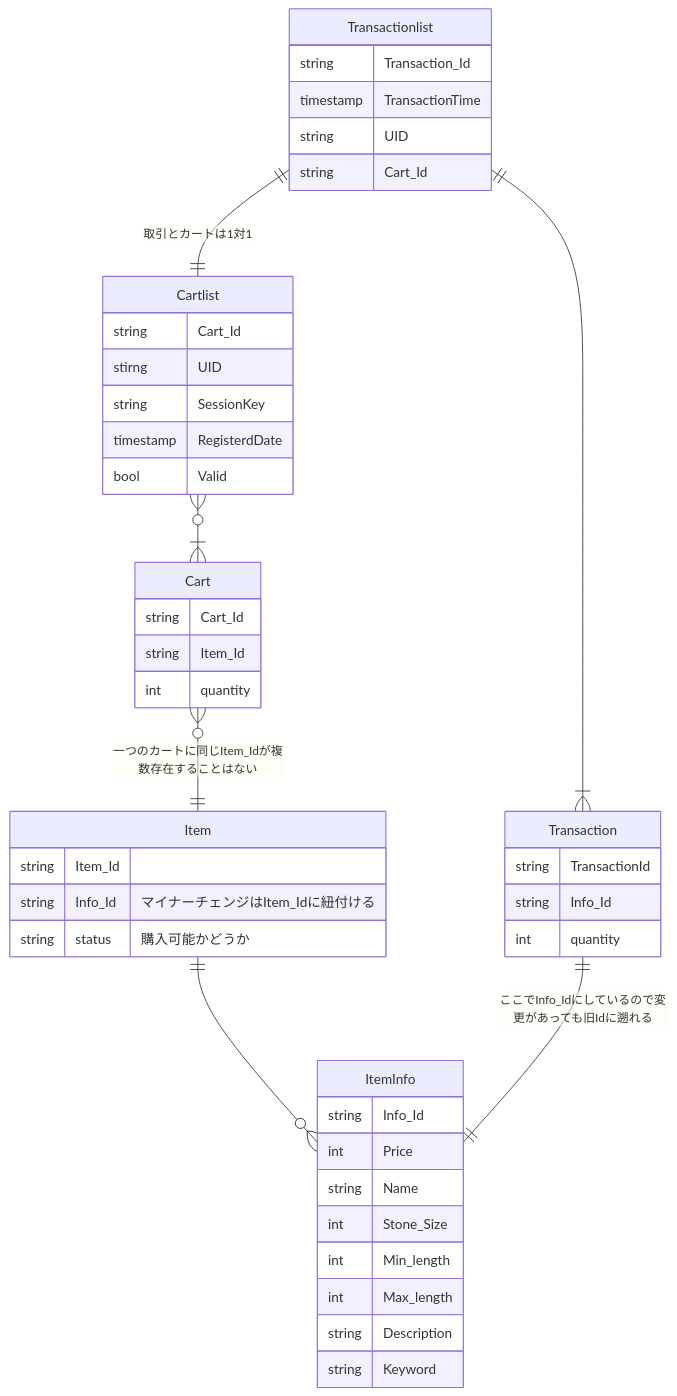
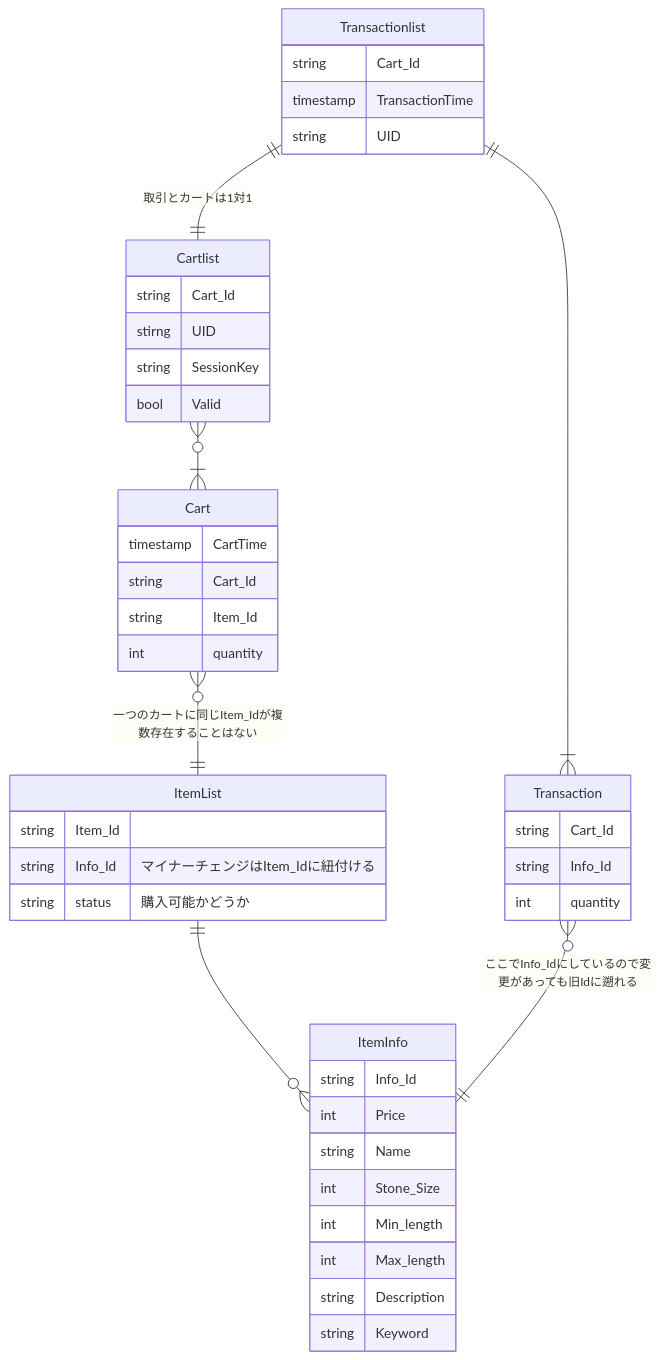
Before and after one commit to WhatACotton/CharisWorks-BackEnd: the first of 3 diagrams in README.md, drawn with Mermaid. The commit also changed 12 other files, not shown here.

````diff
--- a/README.md
+++ b/README.md
@@ -11,51 +11,50 @@
 ```mermaid
 erDiagram
 Transactionlist ||--||Cartlist:"取引とカートは1対1"
 Transactionlist ||--|{Transaction:""
 Cartlist}o--|{Cart:""
-Cart}o--||Item:"一つのカートに同じItem_Idが複数存在することはない"
-Item||--o{ItemInfo:""
-Transaction||--||ItemInfo:"ここでInfo_Idにしているので変更があっても旧Idに遡れる"
+Cart}o--||ItemList:"一つのカートに同じItem_Idが複数存在することはない"
+ItemList||--o{ItemInfo:""
+Transaction}o--||ItemInfo:"ここでInfo_Idにしているので変更があっても旧Idに遡れる"
 
 Transactionlist{
- string Transaction_Id
+ string Cart_Id
  timestamp TransactionTime
  string UID
- string Cart_Id
 }
 Transaction{
- string TransactionId
+ string Cart_Id
  string Info_Id
  int quantity
 }
 
 Cartlist{
  string Cart_Id
  stirng UID
  string SessionKey
- timestamp RegisterdDate
  bool Valid
 }
 
 Cart{
+ timestamp CartTime
  string Cart_Id
  string Item_Id
  int quantity
 }
 
-Item{
+ItemList{
  string Item_Id
  string Info_Id "マイナーチェンジはItem_Idに紐付ける"
  string status "購入可能かどうか"
 }
 ItemInfo{
  string Info_Id
  int Price
  string Name
  int Stone_Size
  int Min_length
  int Max_length
  string Description
  string Keyword
 }
 ```
````
